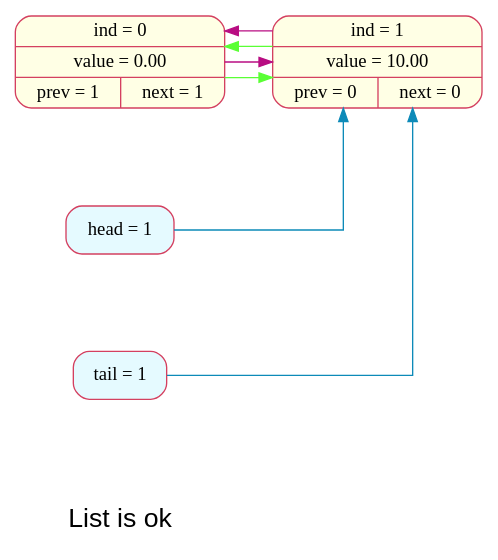
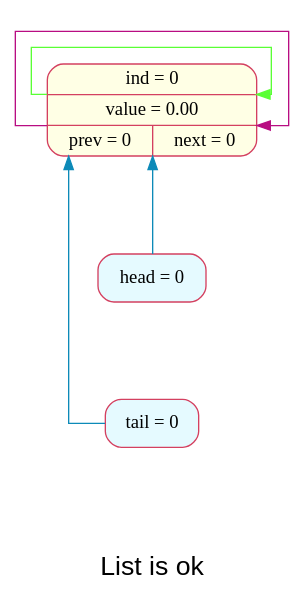
Before and after one commit to Pshonechka/List: the diagram in graph_1.dot, drawn with Graphviz. The commit also changed 21 other files, not shown here.

```diff
--- a/graph_1.dot
+++ b/graph_1.dot
@@ -1,22 +1,18 @@
 digraph G {
 	header [shape=plaintext, label = "List is ok", fontsize = 20, fontname = Arial, fontcolor="#000000ff"];
 	graph [splines=ortho];
 	nodesep=1.0;
 	rankdir=LR;
-	node_0 [rank=1; shape=Mrecord; style=filled; fillcolor="#ffffe5ff"; color = "#d44060ff"; label=" ind = 0 | value = 0.00 |{prev = 1 | next = 1}"];
-	node_1 [rank=1; shape=Mrecord; style=filled; fillcolor="#ffffe5ff"; color = "#d44060ff"; label=" ind = 1 | value = 10.00 |{prev = 0 | next = 0}"];
+	node_0 [rank=1; shape=Mrecord; style=filled; fillcolor="#ffffe5ff"; color = "#d44060ff"; label=" ind = 0 | value = 0.00 |{prev = 0 | next = 0}"];
 	edge [color="#FFFFFF", fontcolor="#000000"];
-	node_0 -> node_1 [weight=1000, style="invis"];
 	edge [color="#5aff35ff", fontcolor="#000000", constraint=false];
-	node_0 -> node_1;
-	node_1 -> node_0;
+	node_0 -> node_0;
 	edge [color="#7009acff", fontcolor="#000000", constraint=false];
 	edge [color="#b80d82ff", fontcolor="#000000", constraint=false];
-	node_0 -> node_1;
-	node_1 -> node_0;
-	head [rank=1; shape=Mrecord; style=filled; fillcolor="#e5faffff";color = "#d44060ff"; label="head = 1"];
-	tail [rank=1; shape=Mrecord; style=filled; fillcolor="#e5faffff";color = "#d44060ff"; label="tail = 1"];
+	node_0 -> node_0;
+	head [rank=1; shape=Mrecord; style=filled; fillcolor="#e5faffff";color = "#d44060ff"; label="head = 0"];
+	tail [rank=1; shape=Mrecord; style=filled; fillcolor="#e5faffff";color = "#d44060ff"; label="tail = 0"];
 	edge [color="#0d8ab8ff", fontcolor="#000000", constraint=false];
-	head -> node_1;
-	tail -> node_1;
+	head -> node_0;
+	tail -> node_0;
 }
```
